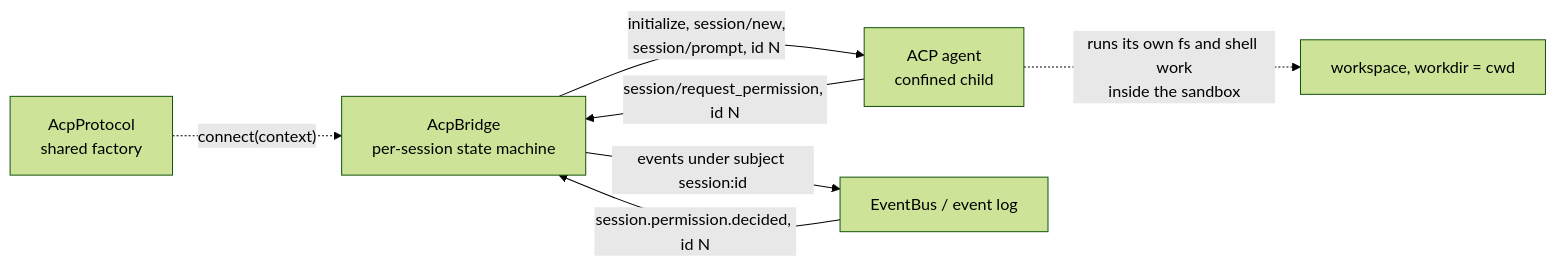
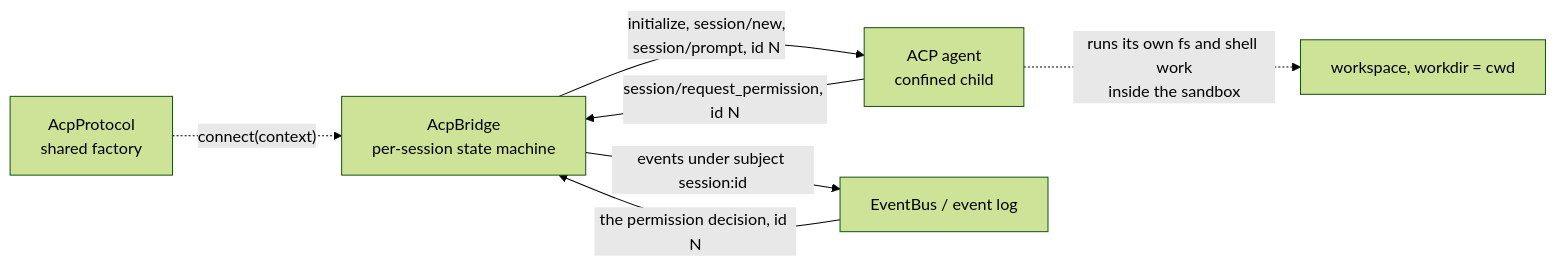
One commit to mokmok-dev/agent changed the first of 2 diagrams in docs/acp.md. Above: the diagram before and after it, drawn with Mermaid (forest theme). The commit also changed other lines of this file and 5 other files, not shown here.

````diff
--- a/docs/acp.md
+++ b/docs/acp.md
@@ -59,9 +59,9 @@
 ```mermaid
 flowchart LR
     P["AcpProtocol<br/>shared factory"] -. "connect(context)" .-> B
     B["AcpBridge<br/>per-session state machine"] -- "initialize, session/new,<br/>session/prompt, id N" --> A["ACP agent<br/>confined child"]
     A -- "session/request_permission, id N" --> B
     B -- "events under subject session:id" --> L["EventBus / event log"]
-    L -- "session.permission.decided, id N" --> B
+    L -- "the permission decision, id N" --> B
     A -. "runs its own fs and shell work<br/>inside the sandbox" .-> W["workspace, workdir = cwd"]
 ```
````
